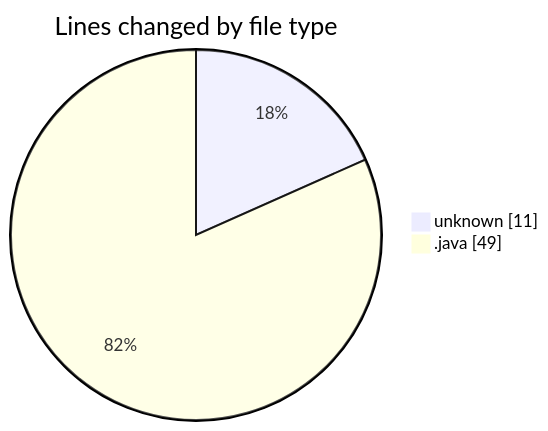
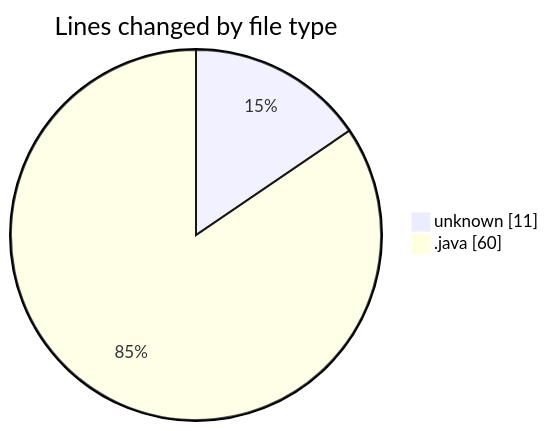
One commit to hasnaa123/code-tracking changed the first of 2 diagrams in 2026-04-12/chatserver/README.md. Above: the diagram before and after it, drawn with Mermaid. The commit also changed other lines of this file and 1 other file, not shown here.

````diff
--- a/2026-04-12/chatserver/README.md
+++ b/2026-04-12/chatserver/README.md
@@ -22,6 +22,6 @@
 ```mermaid
 pie showData
 title Lines changed by file type
 "unknown" : 11
-".java" : 49
+".java" : 60
 ```
````
